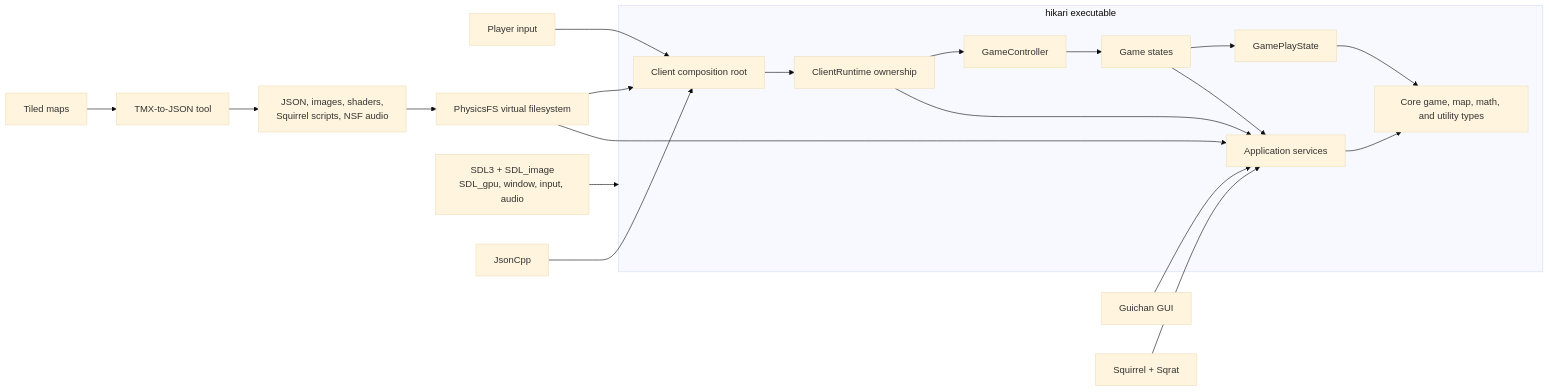
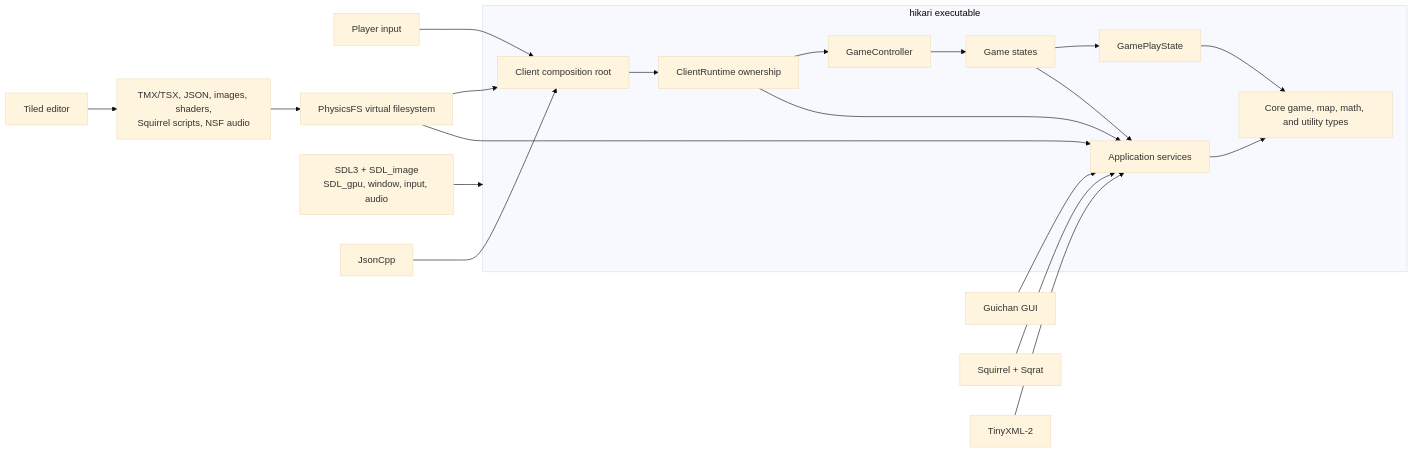
The first of 6 diagrams in docs/architecture.md (ztheh-games/hikari), drawn with Mermaid (base theme) before and after one commit. The commit also changed other lines of this file and 87 other files, not shown here.

First line of the commit message:
Replace JSON maps and tilesets with native Tiled assets

````diff
--- a/docs/architecture.md
+++ b/docs/architecture.md
@@ -18,35 +18,35 @@
 ```mermaid
 flowchart LR
     Player[Player input] --> Client
 
     subgraph Runtime["hikari executable"]
         Client[Client composition root]
         Owners[ClientRuntime ownership]
         Controller[GameController]
         States[Game states]
         Gameplay[GamePlayState]
         Services[Application services]
         Core[Core game, map, math, and utility types]
 
         Client --> Owners
         Owners --> Controller
         Owners --> Services
         Controller --> States
         States --> Gameplay
         States --> Services
         Gameplay --> Core
         Services --> Core
     end
 
-    Content["JSON, images, shaders,<br/>Squirrel scripts, NSF audio"] --> VFS[PhysicsFS virtual filesystem]
+    Content["TMX/TSX, JSON, images, shaders,<br/>Squirrel scripts, NSF audio"] --> VFS[PhysicsFS virtual filesystem]
     VFS --> Client
     VFS --> Services
 
     SDL[SDL3 + SDL_image<br/>SDL_gpu, window, input, audio] --> Runtime
     Guichan[Guichan GUI] --> Services
     Squirrel[Squirrel + Sqrat] --> Services
     JSON[JsonCpp] --> Client
 
-    Tiled[Tiled maps] --> Converter[TMX-to-JSON tool]
-    Converter --> Content
+    XML[TinyXML-2] --> Services
+    Tiled[Tiled editor] --> Content
 ```
````
